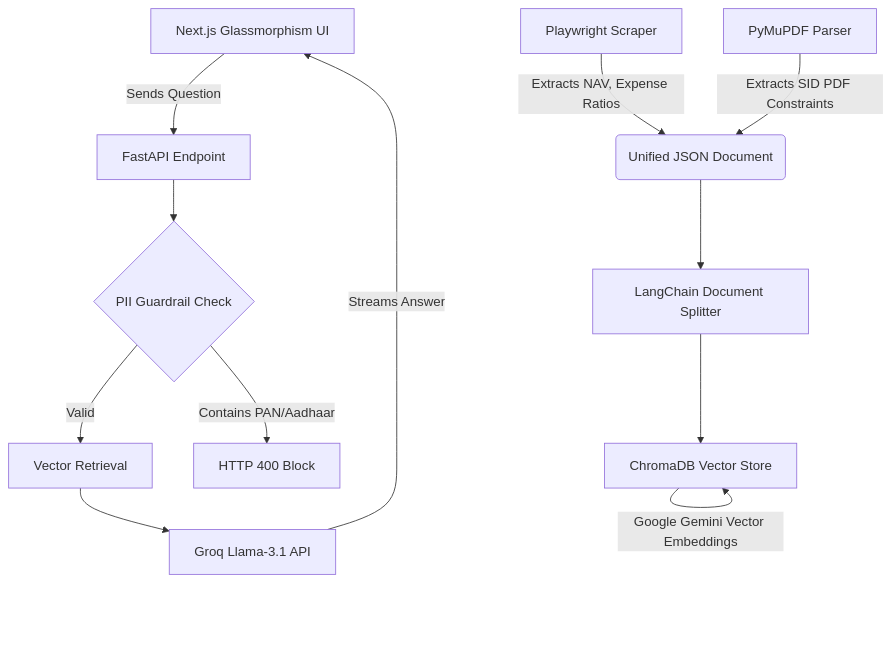
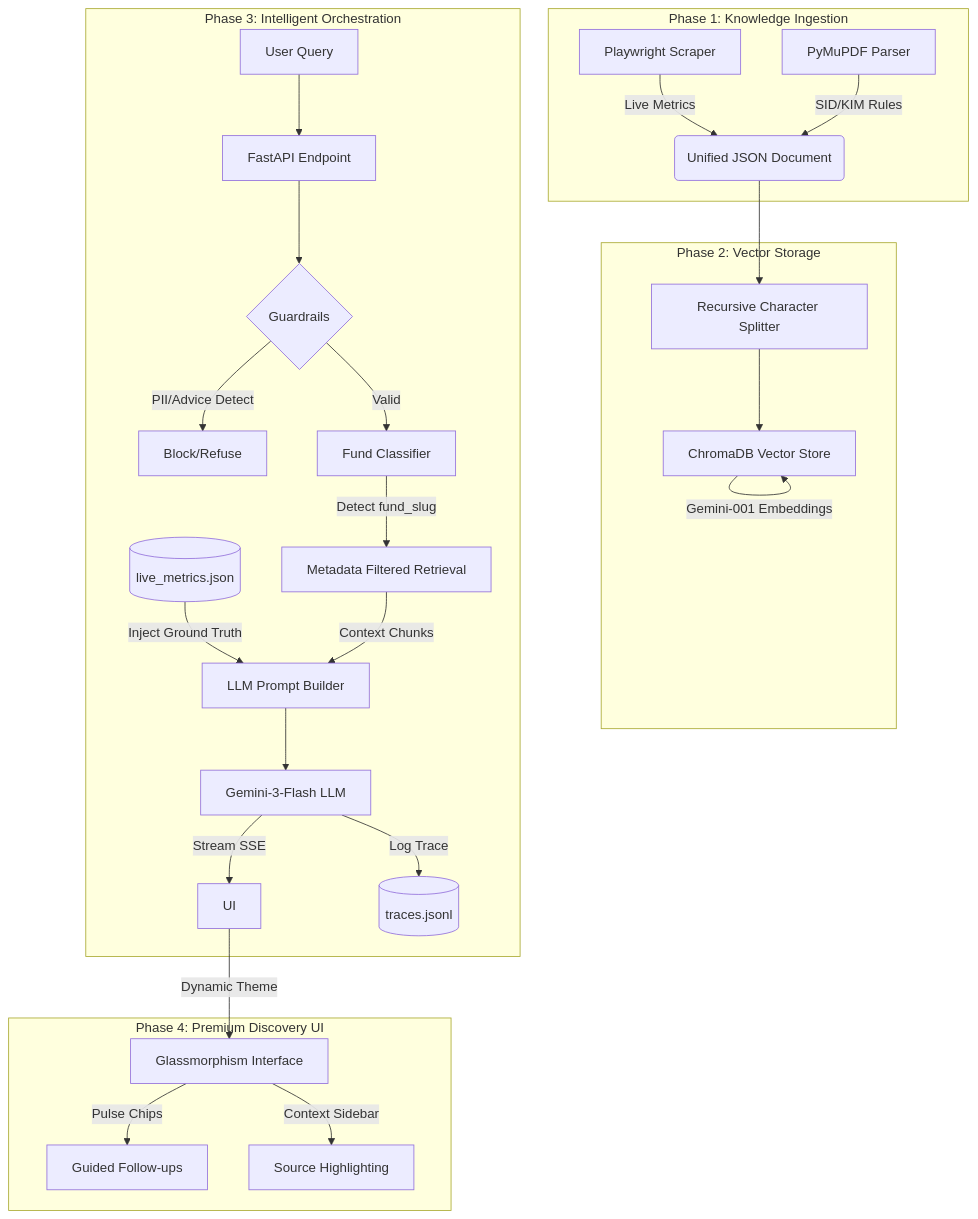
The diagram in ARCHITECTURE.md (mkrishkmr/ai-rag-chatbot-v1), drawn with Mermaid before and after one commit. The commit also changed other lines of this file and 1 other file, not shown here.

Commit message:
docs: update architecture and readme with latest RAG patterns and mermaid diagrams

````diff
--- a/ARCHITECTURE.md
+++ b/ARCHITECTURE.md
@@ -7,18 +7,34 @@
 ```mermaid
 graph TD
-    A[Playwright Scraper] -->|Extracts NAV, Expense Ratios| D(Unified JSON Document)
-    B[PyMuPDF Parser] -->|Extracts SID PDF Constraints| D
-    
-    D --> E[LangChain Document Splitter]
-    E --> F[ChromaDB Vector Store]
-    F -->|Google Gemini Vector Embeddings| F
-    
-    G[Next.js Glassmorphism UI] -->|Sends Question| H[FastAPI Endpoint]
-    
-    H --> I{PII Guardrail Check}
-    I -->|Valid| J[Vector Retrieval]
-    I -->|Contains PAN/Aadhaar| K[HTTP 400 Block]
-    
-    J --> L[Groq Llama-3.1 API]
-    L -->|Streams Answer| G
+    subgraph "Phase 1: Knowledge Ingestion"
+        A[Playwright Scraper] -->|Live Metrics| D(Unified JSON Document)
+        B[PyMuPDF Parser] -->|SID/KIM Rules| D
+    end
+
+    subgraph "Phase 2: Vector Storage"
+        D --> E[Recursive Character Splitter]
+        E --> F[ChromaDB Vector Store]
+        F -->|Gemini-001 Embeddings| F
+    end
+
+    subgraph "Phase 3: Intelligent Orchestration"
+        G[User Query] --> H[FastAPI Endpoint]
+        H --> I{Guardrails}
+        I -->|PII/Advice Detect| K[Block/Refuse]
+        I -->|Valid| L[Fund Classifier]
+        L -->|Detect fund_slug| M[Metadata Filtered Retrieval]
+        
+        N[(live_metrics.json)] -->|Inject Ground Truth| O[LLM Prompt Builder]
+        M -->|Context Chunks| O
+        
+        O --> P[Gemini-3-Flash LLM]
+        P -->|Stream SSE| Q[UI]
+        P -->|Log Trace| R[(traces.jsonl)]
+    end
+
+    subgraph "Phase 4: Premium Discovery UI"
+        Q -->|Dynamic Theme| S[Glassmorphism Interface]
+        S -->|Pulse Chips| T[Guided Follow-ups]
+        S -->|Context Sidebar| U[Source Highlighting]
+    end
 ```
````
